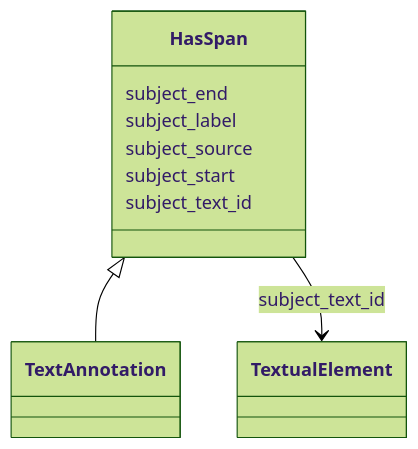
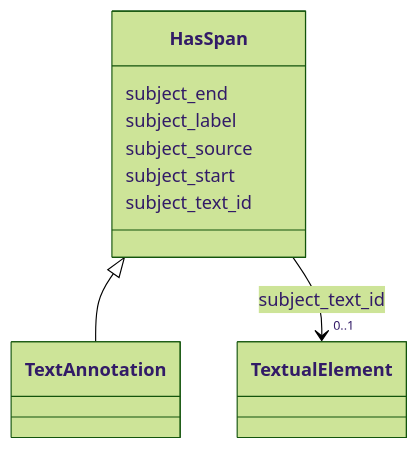
One commit to INCATools/ontology-access-kit changed the diagram in text-annotator/HasSpan.md. Above: the diagram before and after it, drawn with Mermaid (forest theme). The commit also changed other lines of this file and 3329 other files, not shown here.

````diff
--- a/text-annotator/HasSpan.md
+++ b/text-annotator/HasSpan.md
@@ -12,19 +14,26 @@
 ```{mermaid}
  classDiagram
     class HasSpan
+    click HasSpan href "../HasSpan"
       HasSpan <|-- TextAnnotation
+        click TextAnnotation href "../TextAnnotation"
       
       HasSpan : subject_end
         
       HasSpan : subject_label
         
       HasSpan : subject_source
         
       HasSpan : subject_start
         
       HasSpan : subject_text_id
         
-          HasSpan --> TextualElement : subject_text_id
+          
+    
+    
+    HasSpan --> "0..1" TextualElement : subject_text_id
+    click TextualElement href "../TextualElement"
+
         
       
 ```
````
